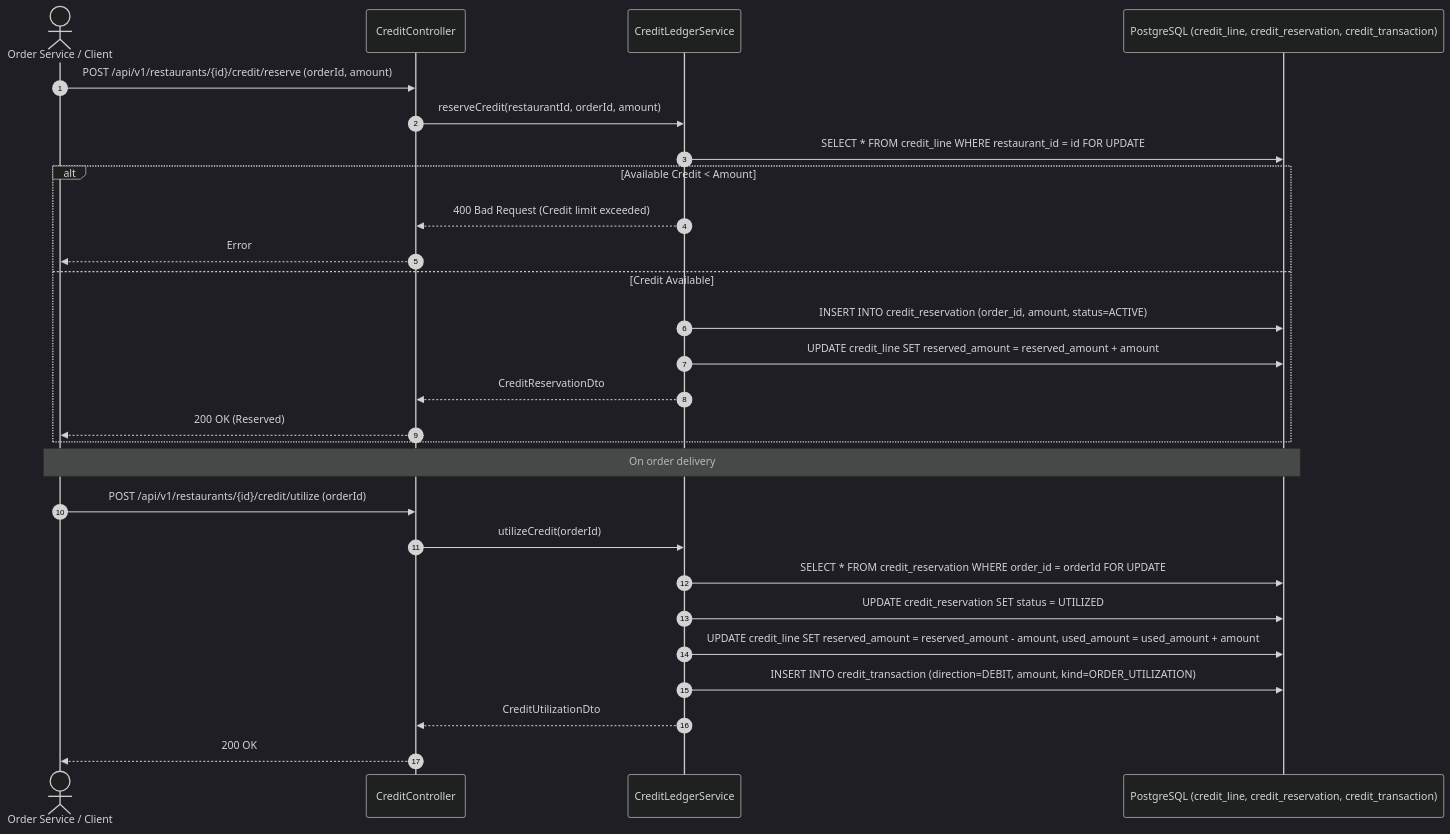
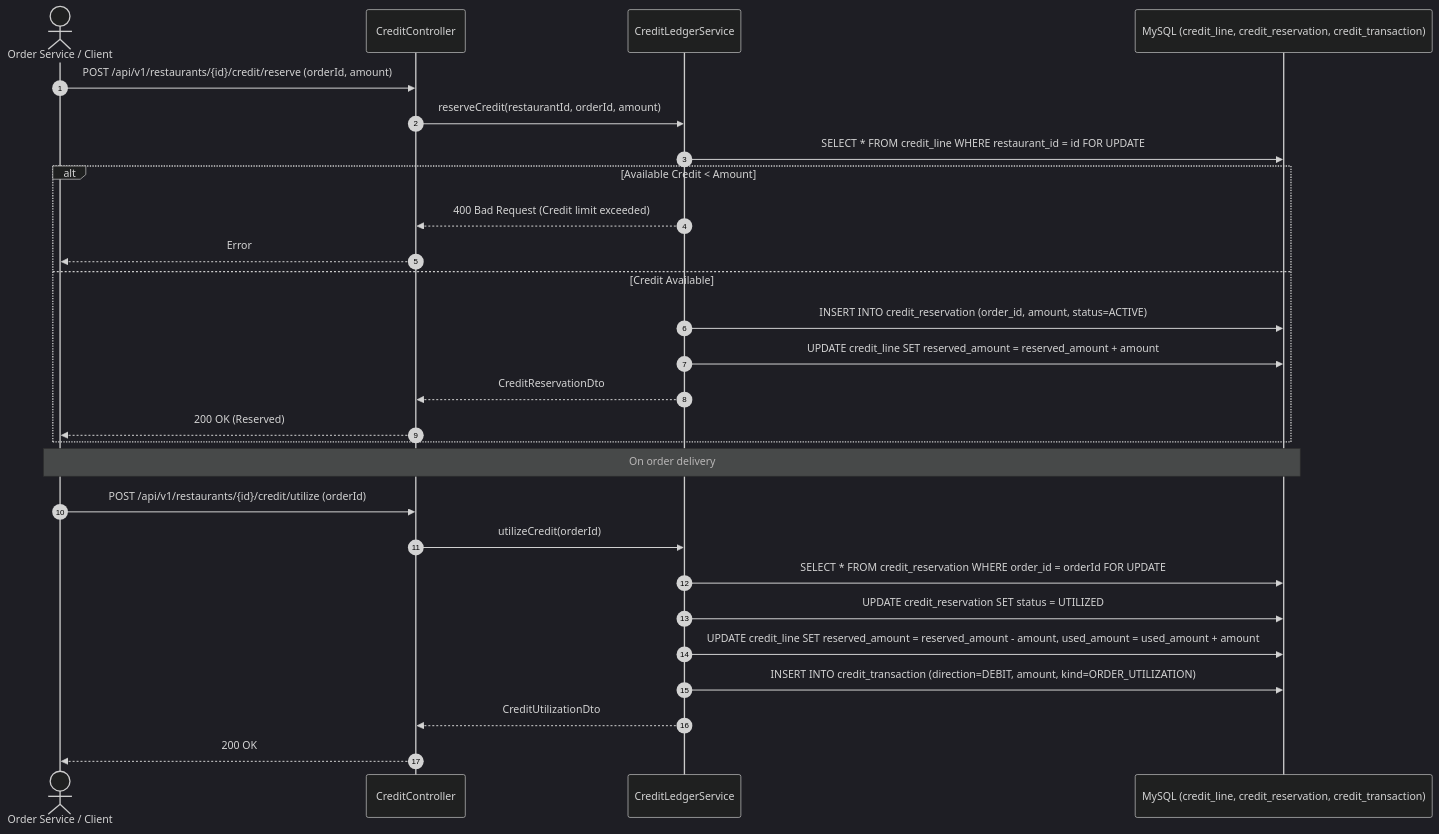
The first of 5 diagrams in docs/architecture/sequence-diagrams/05-credit-and-settlement.md (narasimha-reddy/costonomy-mp-api), drawn with Mermaid (dark theme) before and after one commit. The commit also changed other lines of this file and 19 other files, not shown here.

First line of the commit message:
docs(delivery): current state, diagrams, decisions D-204 to D-207, changelog and traceability

````diff
--- a/docs/architecture/sequence-diagrams/05-credit-and-settlement.md
+++ b/docs/architecture/sequence-diagrams/05-credit-and-settlement.md
@@ -10,31 +12,31 @@
 ```mermaid
 sequenceDiagram
     autonumber
     actor Service as Order Service / Client
     participant CC as CreditController
     participant CLS as CreditLedgerService
-    participant DB as PostgreSQL (credit_line, credit_reservation, credit_transaction)
+    participant DB as MySQL (credit_line, credit_reservation, credit_transaction)
 
     Service->>CC: POST /api/v1/restaurants/{id}/credit/reserve (orderId, amount)
     CC->>CLS: reserveCredit(restaurantId, orderId, amount)
     CLS->>DB: SELECT * FROM credit_line WHERE restaurant_id = id FOR UPDATE
     alt Available Credit < Amount
         CLS-->>CC: 400 Bad Request (Credit limit exceeded)
         CC-->>Service: Error
     else Credit Available
         CLS->>DB: INSERT INTO credit_reservation (order_id, amount, status=ACTIVE)
         CLS->>DB: UPDATE credit_line SET reserved_amount = reserved_amount + amount
         CLS-->>CC: CreditReservationDto
         CC-->>Service: 200 OK (Reserved)
     end
 
     Note over Service,DB: On order delivery
     Service->>CC: POST /api/v1/restaurants/{id}/credit/utilize (orderId)
     CC->>CLS: utilizeCredit(orderId)
     CLS->>DB: SELECT * FROM credit_reservation WHERE order_id = orderId FOR UPDATE
     CLS->>DB: UPDATE credit_reservation SET status = UTILIZED
     CLS->>DB: UPDATE credit_line SET reserved_amount = reserved_amount - amount, used_amount = used_amount + amount
     CLS->>DB: INSERT INTO credit_transaction (direction=DEBIT, amount, kind=ORDER_UTILIZATION)
     CLS-->>CC: CreditUtilizationDto
     CC-->>Service: 200 OK
 ```
````
